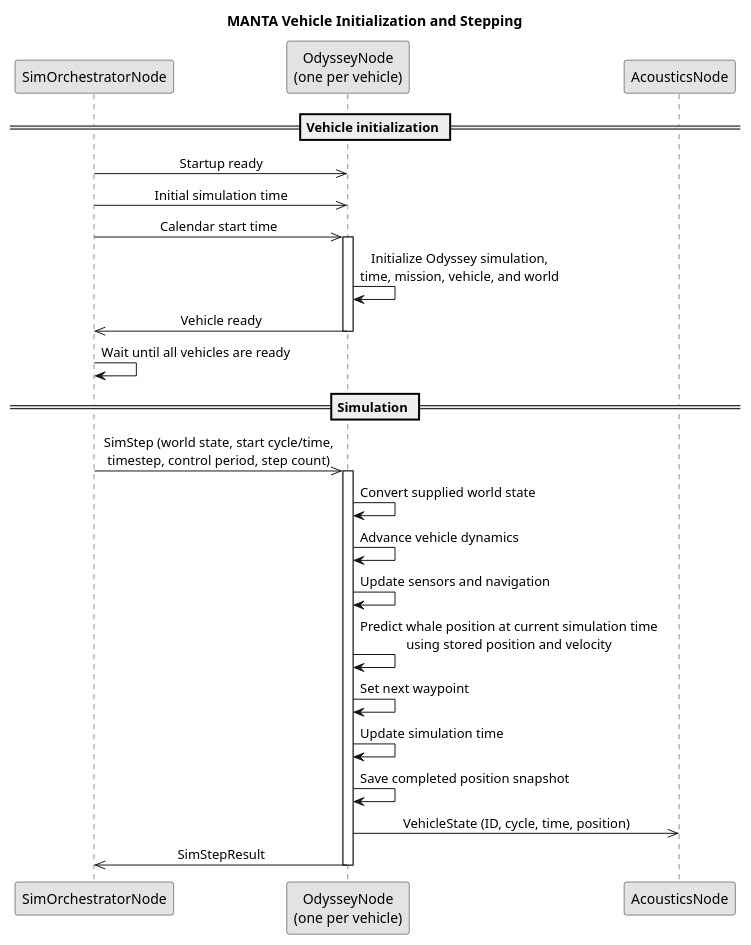
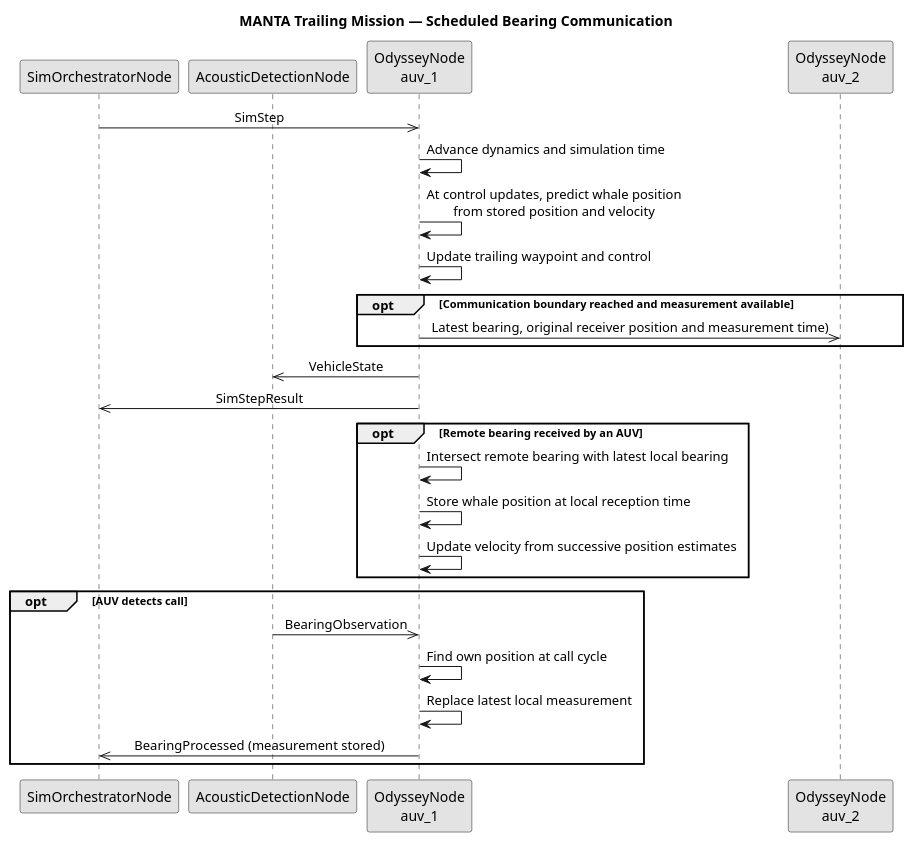
One commit to Tebcherani/MANTA changed the diagram in components/manta_odyssey/docs/odyssey_sequence.puml. Above: the diagram before and after it, drawn with PlantUML. The commit also changed 4 other files, not shown here.

```diff
--- a/components/manta_odyssey/docs/odyssey_sequence.puml
+++ b/components/manta_odyssey/docs/odyssey_sequence.puml
@@ -1,43 +1,39 @@
 @startuml
-title MANTA Vehicle Initialization and Stepping
+title MANTA Trailing Mission — Scheduled Bearing Communication
 
 skinparam monochrome true
 skinparam shadowing false
 skinparam sequenceMessageAlign center
 skinparam responseMessageBelowArrow true
 
 participant "SimOrchestratorNode" as Orchestrator
-participant "OdysseyNode\n(one per vehicle)" as Odyssey
-participant "AcousticsNode" as Detection
+participant "AcousticDetectionNode" as Detection
+participant "OdysseyNode\nauv_1" as AUV1
+participant "OdysseyNode\nauv_2" as AUV2
 
-== Vehicle initialization ==
+Orchestrator ->> AUV1 : SimStep
+AUV1 -> AUV1 : Advance dynamics and simulation time
+AUV1 -> AUV1 : At control updates, predict whale position\nfrom stored position and velocity
+AUV1 -> AUV1 : Update trailing waypoint and control
 
-Orchestrator ->> Odyssey : Startup ready
-Orchestrator ->> Odyssey : Initial simulation time
-Orchestrator ->> Odyssey : Calendar start time
+opt Communication boundary reached and measurement available
+    AUV1 ->> AUV2 : Latest bearing, original receiver position and measurement time)
+end
 
-activate Odyssey
-Odyssey -> Odyssey : Initialize Odyssey simulation,\ntime, mission, vehicle, and world
-Odyssey ->> Orchestrator : Vehicle ready
-deactivate Odyssey
+AUV1 ->> Detection : VehicleState
+AUV1 ->> Orchestrator : SimStepResult
 
-Orchestrator -> Orchestrator : Wait until all vehicles are ready
+opt Remote bearing received by an AUV
+    AUV1 -> AUV1 : Intersect remote bearing with latest local bearing
+    AUV1 -> AUV1 : Store whale position at local reception time
+    AUV1 -> AUV1 : Update velocity from successive position estimates
+end
 
-== Simulation ==
-
-Orchestrator ->> Odyssey : SimStep (world state, start cycle/time,\ntimestep, control period, step count)
-activate Odyssey
-Odyssey -> Odyssey : Convert supplied world state
-
-Odyssey -> Odyssey : Advance vehicle dynamics
-Odyssey -> Odyssey : Update sensors and navigation
-Odyssey -> Odyssey : Predict whale position at current simulation time\nusing stored position and velocity
-Odyssey -> Odyssey : Set next waypoint
-Odyssey -> Odyssey : Update simulation time
-
-Odyssey -> Odyssey : Save completed position snapshot
-Odyssey ->> Detection : VehicleState (ID, cycle, time, position)
-Odyssey ->> Orchestrator : SimStepResult
-deactivate Odyssey
+opt AUV detects call
+    Detection ->> AUV1 : BearingObservation
+    AUV1 -> AUV1 : Find own position at call cycle
+    AUV1 -> AUV1 : Replace latest local measurement
+    AUV1 ->> Orchestrator : BearingProcessed (measurement stored)
+end
 
 @enduml
```
